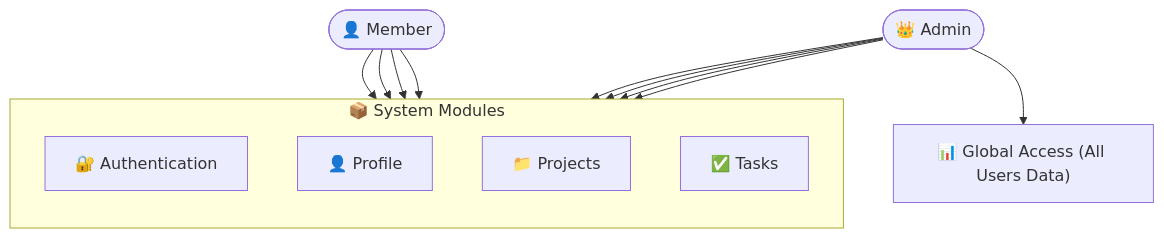
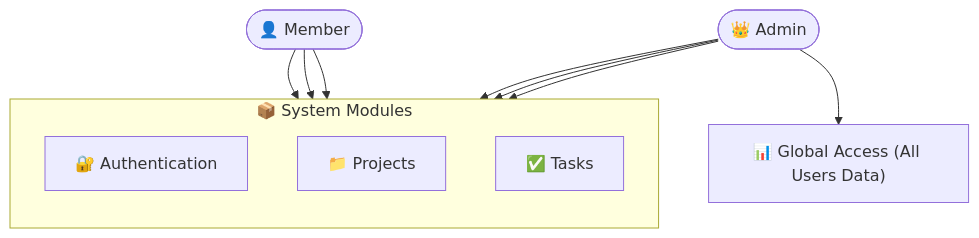
One commit to Moaz-ashraf1/Project-Task-Management-System changed the first of 3 diagrams in README.md. Above: the diagram before and after it, drawn with Mermaid. The commit also changed other lines of this file, not shown here.

````diff
--- a/README.md
+++ b/README.md
@@ -41,31 +30,22 @@
 ```mermaid
 graph TB
 
-    %% Users
     Member(["👤 Member"])
     Admin(["👑 Admin"])
 
-    %% System Modules
     subgraph SYSTEM ["📦 System Modules"]
         direction TB
-
         Auth["🔐 Authentication"]
-        Profile["👤 Profile"]
         Projects["📁 Projects"]
         Tasks["✅ Tasks"]
     end
 
-    %% Member Permissions
     Member --> Auth
-    Member --> Profile
     Member --> Projects
     Member --> Tasks
 
-    %% Admin Permissions (extends Member + extra access)
     Admin --> Auth
-    Admin --> Profile
     Admin --> Projects
     Admin --> Tasks
-
     Admin --> AllData["📊 Global Access (All Users Data)"]
 ```
````
